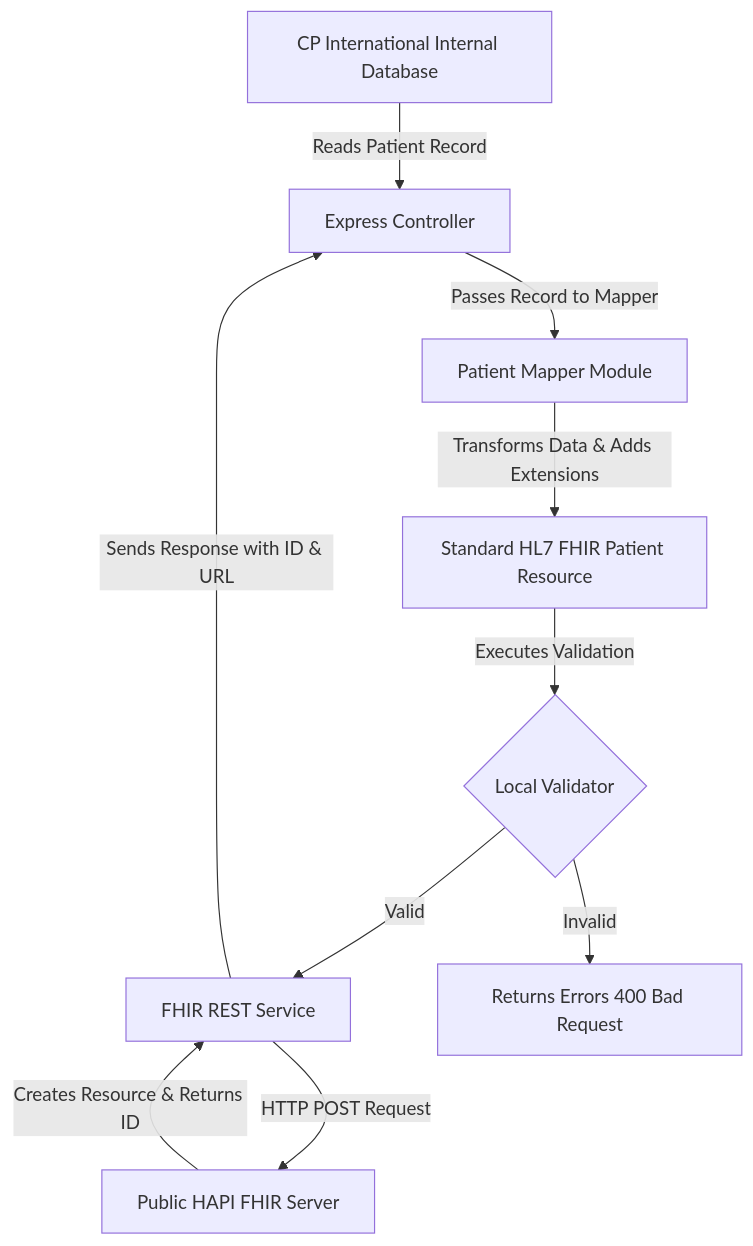
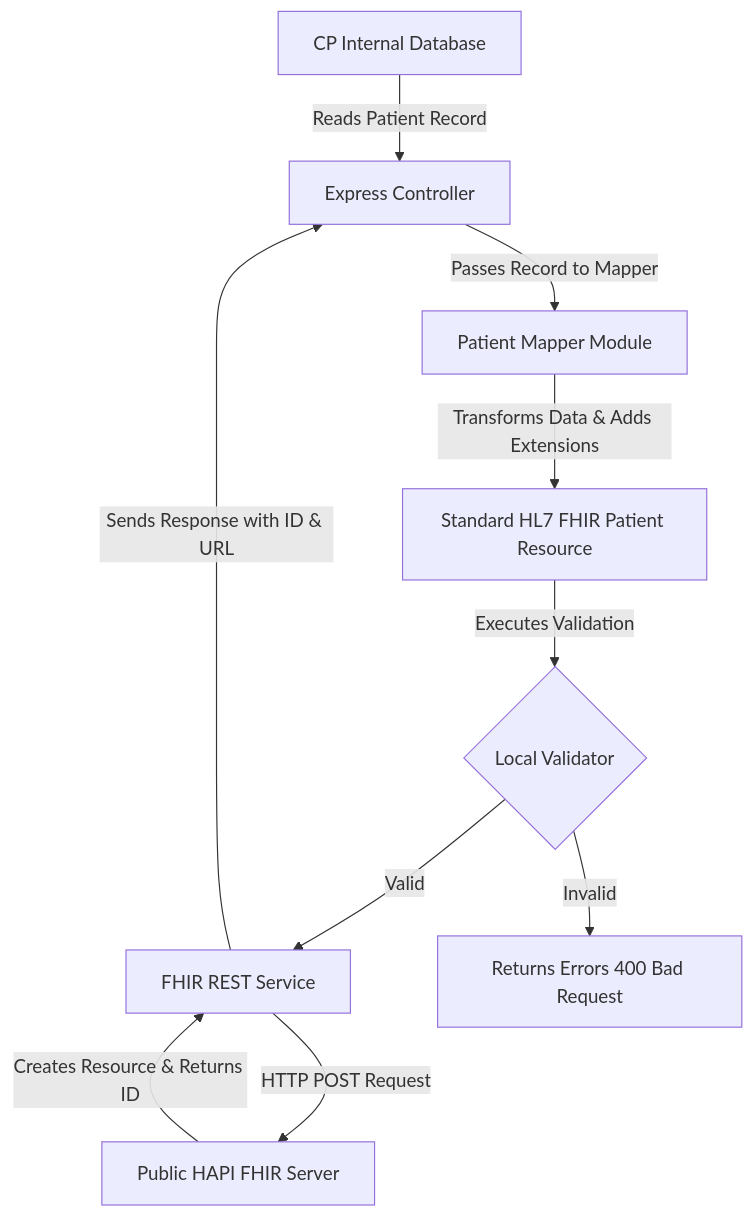
The diagram in services/fhir-demo/docs/ARCHITECTURE.md (haniscreator/health-api-demo), drawn with Mermaid before and after one commit. The commit also changed other lines of this file and 15 other files, not shown here.

````diff
--- a/services/fhir-demo/docs/ARCHITECTURE.md
+++ b/services/fhir-demo/docs/ARCHITECTURE.md
@@ -9,12 +9,12 @@
 ```mermaid
 graph TD
-    A[CP International Internal Database] -->|Reads Patient Record| B[Express Controller]
+    A[CP Internal Database] -->|Reads Patient Record| B[Express Controller]
     B -->|Passes Record to Mapper| C[Patient Mapper Module]
     C -->|Transforms Data & Adds Extensions| D[Standard HL7 FHIR Patient Resource]
     D -->|Executes Validation| E{Local Validator}
     E -->|Valid| F[FHIR REST Service]
     E -->|Invalid| G[Returns Errors 400 Bad Request]
     F -->|HTTP POST Request| H[Public HAPI FHIR Server]
     H -->|Creates Resource & Returns ID| F
     F -->|Sends Response with ID & URL| B
 ```
````
